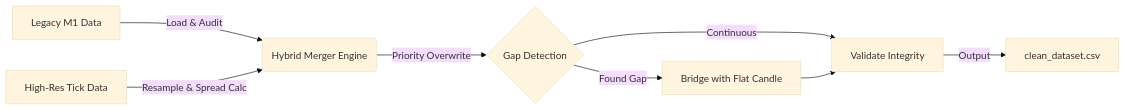
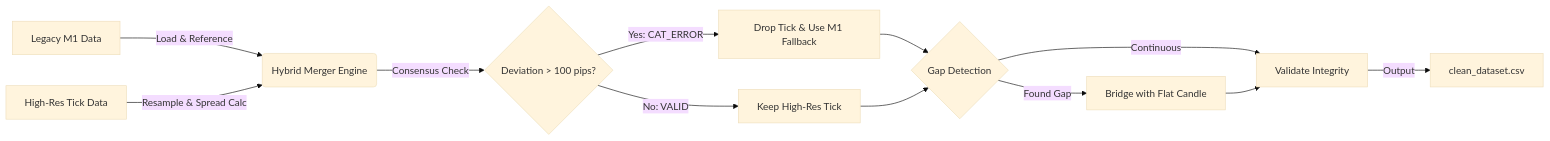
One commit to redouanebou/Institutional-FX-ETL changed the diagram in README.md. Above: the diagram before and after it, drawn with Mermaid (base theme). The commit also changed other lines of this file, not shown here.

````diff
--- a/README.md
+++ b/README.md
@@ -40,10 +36,14 @@
 ```mermaid
 graph LR
-    A[Legacy M1 Data] -->|Load & Audit| C(Hybrid Merger Engine)
+    A[Legacy M1 Data] -->|Load & Reference| C(Hybrid Merger Engine)
     B[High-Res Tick Data] -->|Resample & Spread Calc| C
-    C -->|Priority Overwrite| D{Gap Detection}
+    C -->|Consensus Check| X{Deviation > 100 pips?}
+    X -->|Yes: CAT_ERROR| Y[Drop Tick & Use M1 Fallback]
+    X -->|No: VALID| Z[Keep High-Res Tick]
+    Y --> D
+    Z --> D{Gap Detection}
     D -->|Found Gap| E[Bridge with Flat Candle]
     D -->|Continuous| F[Validate Integrity]
     E --> F
     F -->|Output| G[clean_dataset.csv]
 ```
````
